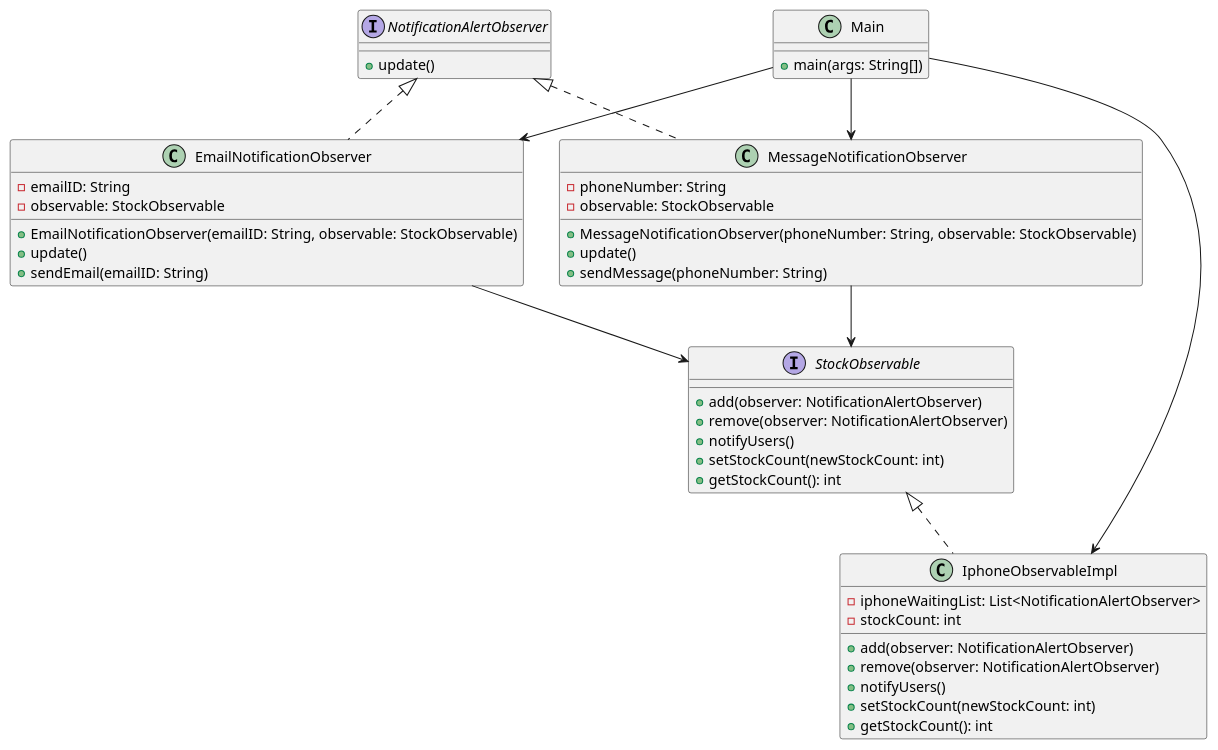
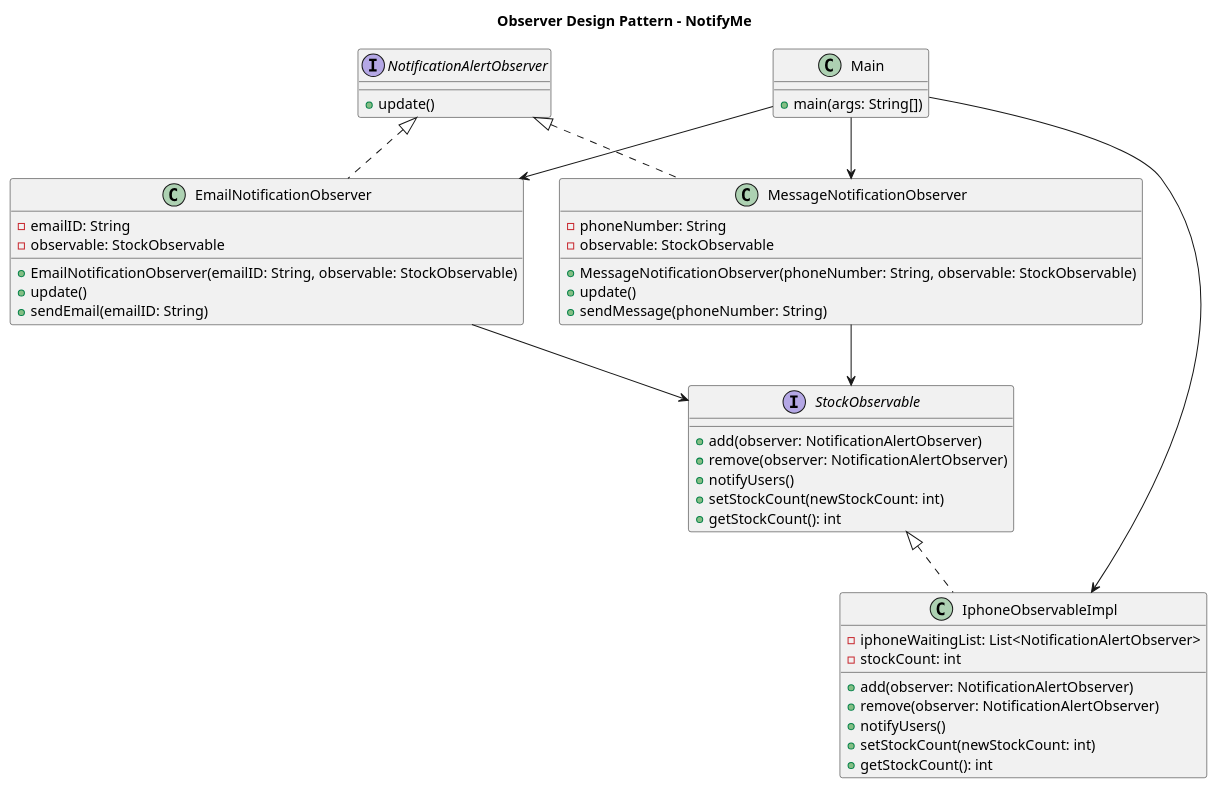
Before and after one commit to asheeshsingh1/design-pattern: the diagram in Behavioral/Observer/Observer.puml, drawn with PlantUML. The commit also changed 8 other files, not shown here.

Commit message:
Added Factory Design Pattern also updated puml for existing dp

```diff
--- a/Behavioral/Observer/Observer.puml
+++ b/Behavioral/Observer/Observer.puml
@@ -1,64 +1,65 @@
-@startuml ObserverPatternWithMain
+@startuml Observer
+title Observer Design Pattern - NotifyMe
 
 ' Interfaces
 interface NotificationAlertObserver {
     +update()
 }
 
 interface StockObservable {
     +add(observer: NotificationAlertObserver)
     +remove(observer: NotificationAlertObserver)
     +notifyUsers()
     +setStockCount(newStockCount: int)
     +getStockCount(): int
 }
 
 ' Concrete Observer - Email
 class EmailNotificationObserver {
     -emailID: String
     -observable: StockObservable
     +EmailNotificationObserver(emailID: String, observable: StockObservable)
     +update()
     +sendEmail(emailID: String)
 }
 
 ' Concrete Observer - SMS
 class MessageNotificationObserver {
     -phoneNumber: String
     -observable: StockObservable
     +MessageNotificationObserver(phoneNumber: String, observable: StockObservable)
     +update()
     +sendMessage(phoneNumber: String)
 }
 
 ' Observable Implementation
 class IphoneObservableImpl {
     -iphoneWaitingList: List<NotificationAlertObserver>
     -stockCount: int
     +add(observer: NotificationAlertObserver)
     +remove(observer: NotificationAlertObserver)
     +notifyUsers()
     +setStockCount(newStockCount: int)
     +getStockCount(): int
 }
 
 ' Main driver class
 class Main {
     +main(args: String[])
 }
 
 ' Inheritance Relationships
 NotificationAlertObserver <|.. EmailNotificationObserver
 NotificationAlertObserver <|.. MessageNotificationObserver
 
 StockObservable <|.. IphoneObservableImpl
 
 ' Associations
 EmailNotificationObserver --> StockObservable
 MessageNotificationObserver --> StockObservable
 
 Main --> IphoneObservableImpl
 Main --> EmailNotificationObserver
 Main --> MessageNotificationObserver
 
 @enduml
```
